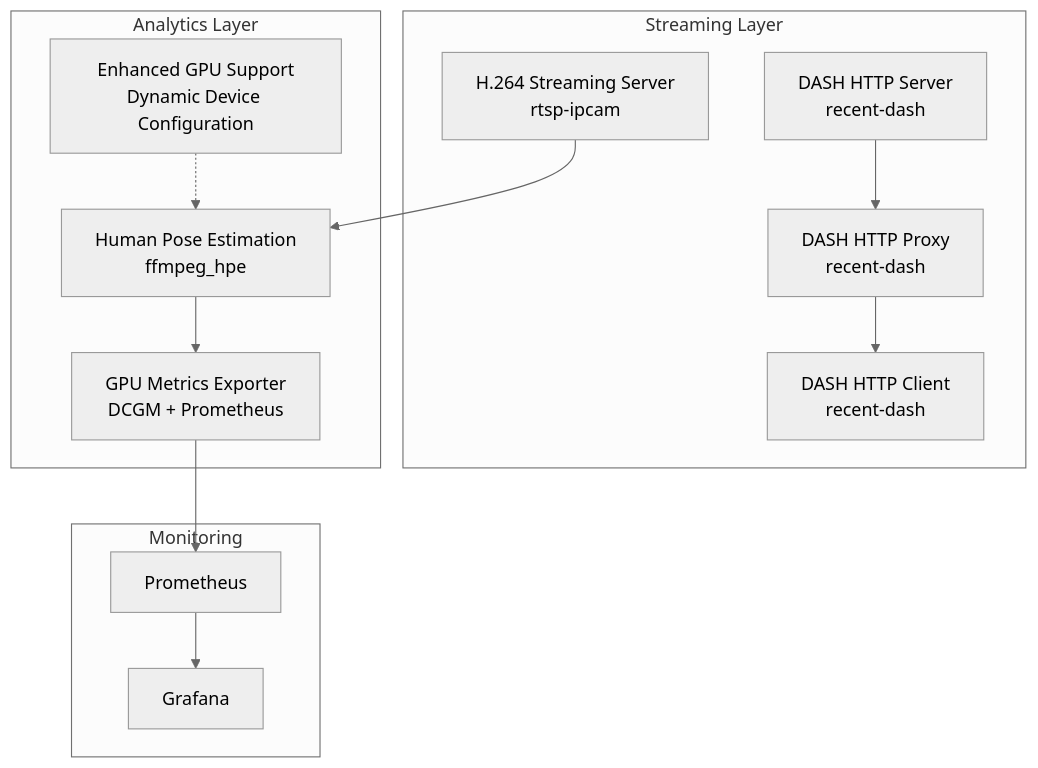
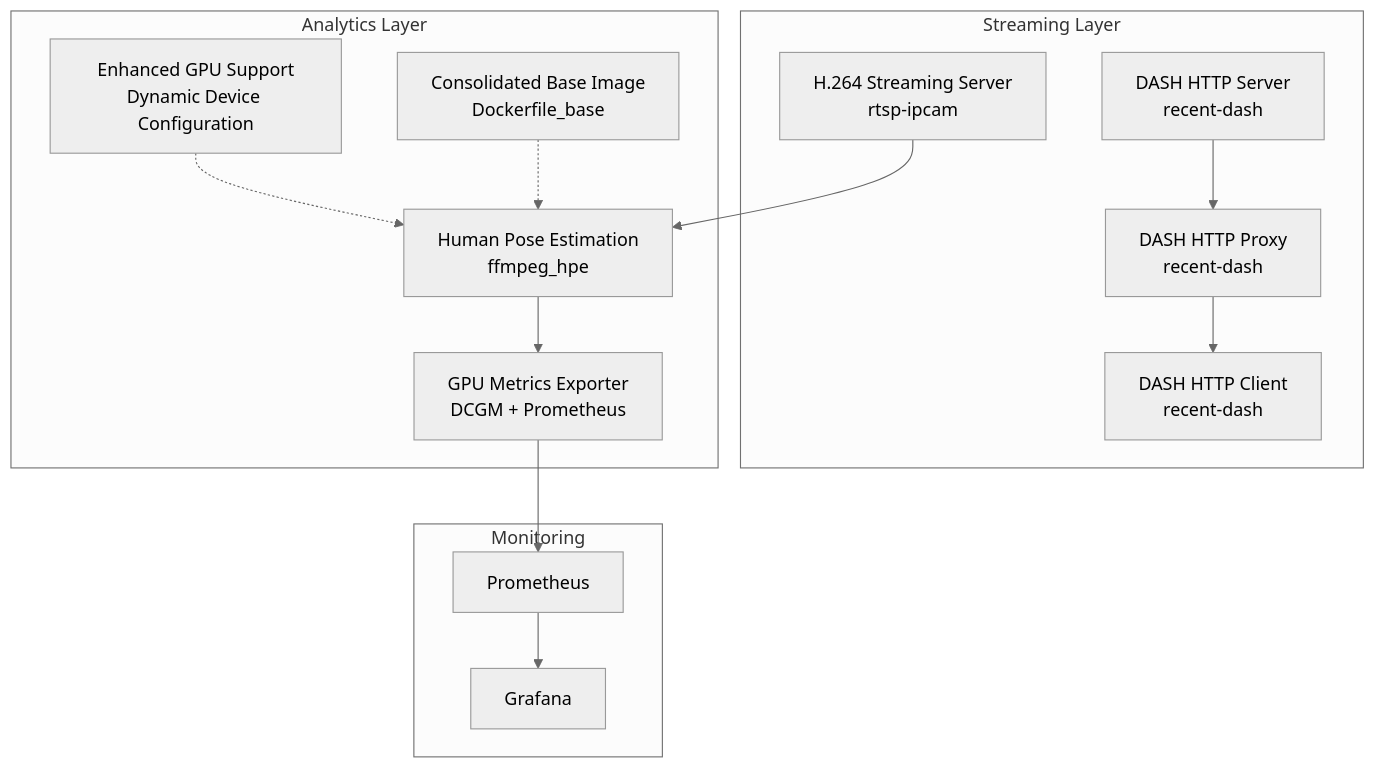
One commit to Fogus-Gr/MeasurementsDTs changed the first of 7 diagrams in .qoder/repowiki/en/content/Deployment Infrastructure/Deployment Infrastructure.md. Above: the diagram before and after it, drawn with Mermaid (neutral theme). The commit also changed other lines of this file and 10 other files, not shown here.

````diff
--- a/.qoder/repowiki/en/content/Deployment Infrastructure/Deployment Infrastructure.md
+++ b/.qoder/repowiki/en/content/Deployment Infrastructure/Deployment Infrastructure.md
@@ -59,23 +62,25 @@
 ```mermaid
 graph TB
 subgraph "Streaming Layer"
 Srv["H.264 Streaming Server<br/>rtsp-ipcam"]
 DashSrv["DASH HTTP Server<br/>recent-dash"]
 DashProxy["DASH HTTP Proxy<br/>recent-dash"]
 DashClient["DASH HTTP Client<br/>recent-dash"]
 end
 subgraph "Analytics Layer"
 HPE["Human Pose Estimation<br/>ffmpeg_hpe"]
 Metrics["GPU Metrics Exporter<br/>DCGM + Prometheus"]
 EnhancedGPU["Enhanced GPU Support<br/>Dynamic Device Configuration"]
+BaseImage["Consolidated Base Image<br/>Dockerfile_base"]
 end
 subgraph "Monitoring"
 Prom["Prometheus"]
 Graf["Grafana"]
 end
 Srv --> HPE
 DashSrv --> DashProxy --> DashClient
 HPE --> Metrics
 Metrics --> Prom --> Graf
 EnhancedGPU -.-> HPE
+BaseImage -.-> HPE
 ```
````
